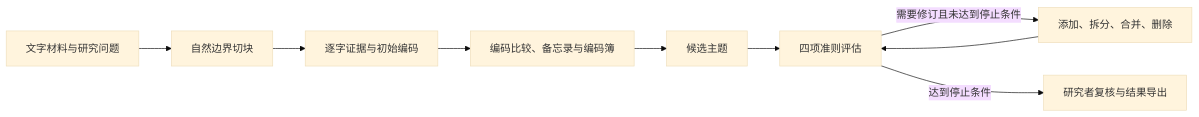
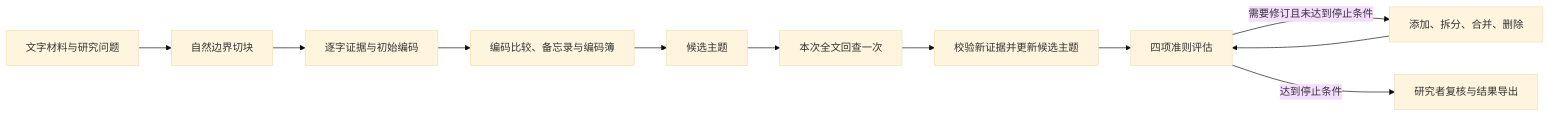
Before and after one commit to Chriss09-ui/TAMA: the diagram in README.md, drawn with Mermaid (base theme). The commit also changed other lines of this file and 28 other files, not shown here.

````diff
--- a/README.md
+++ b/README.md
@@ -61,11 +62,13 @@
 ```mermaid
 flowchart LR
     A[文字材料与研究问题] --> B[自然边界切块]
     B --> C[逐字证据与初始编码]
     C --> D[编码比较、备忘录与编码簿]
     D --> E[候选主题]
-    E --> F[四项准则评估]
+    E --> R[本次全文回查一次]
+    R --> U[校验新证据并更新候选主题]
+    U --> F[四项准则评估]
     F -->|需要修订且未达到停止条件| G[添加、拆分、合并、删除]
     G --> F
     F -->|达到停止条件| H[研究者复核与结果导出]
 ```
````
